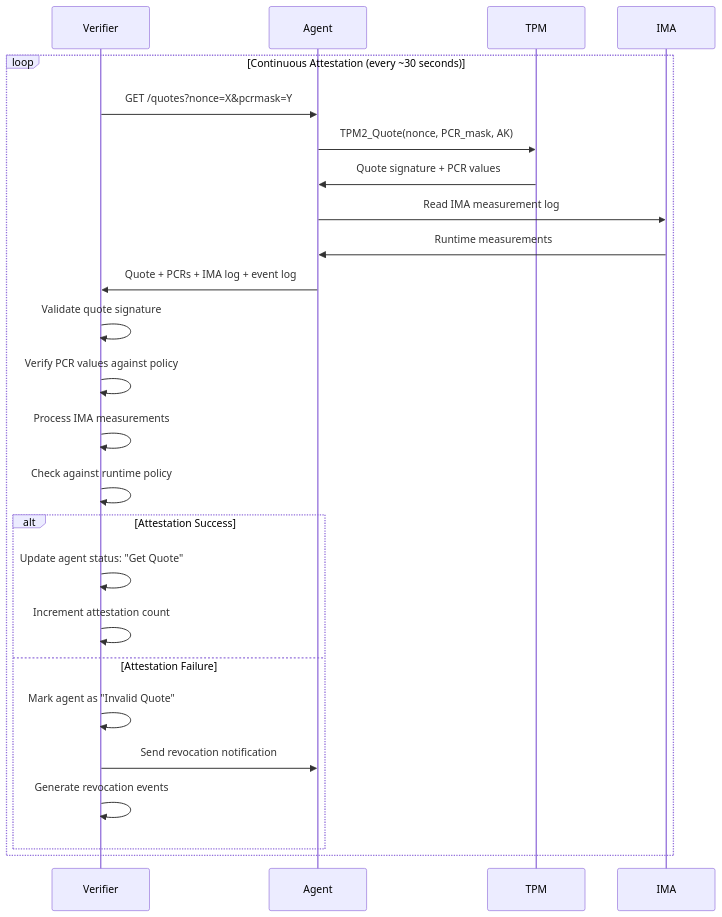
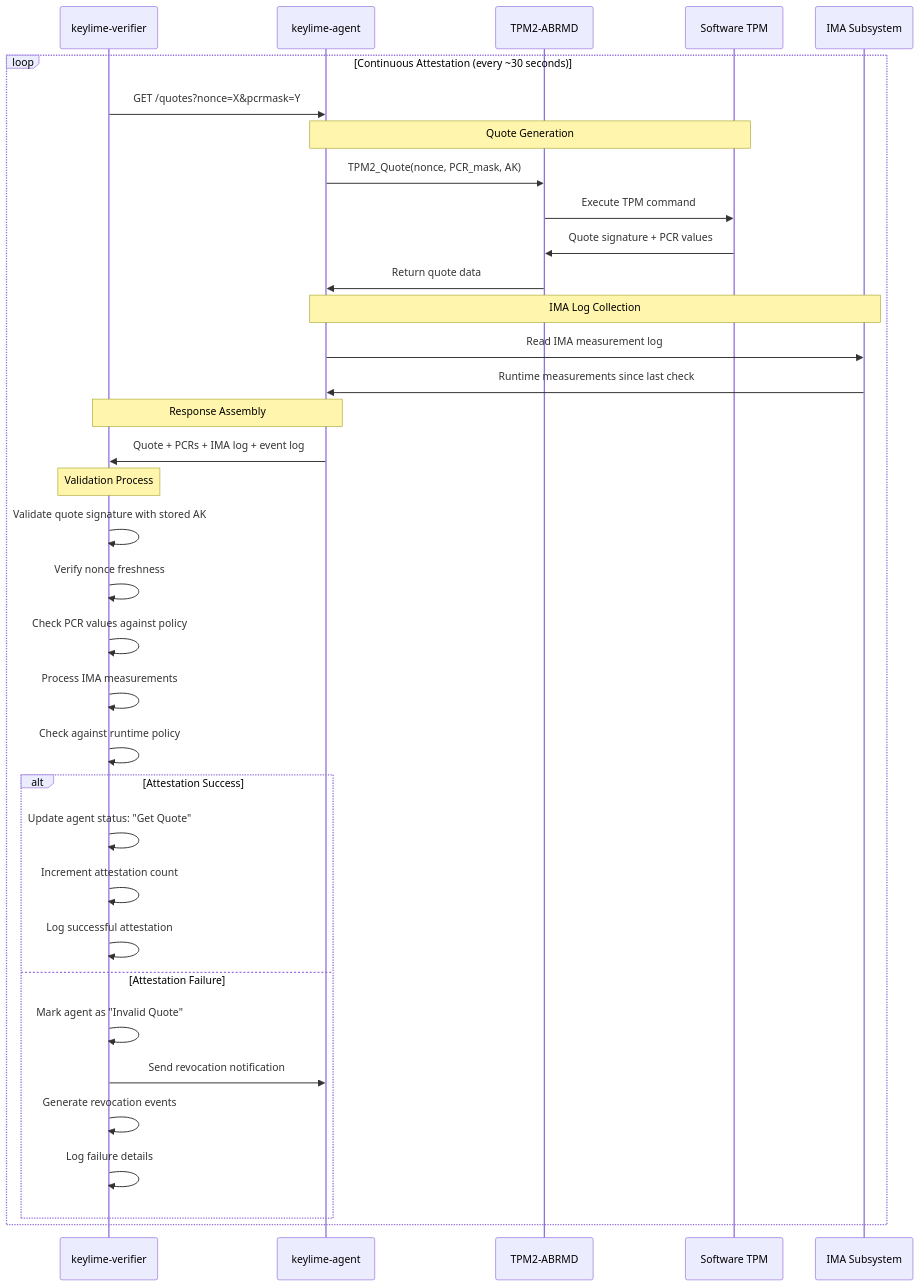
The fifth of 14 diagrams in Keylime Info/KEYLIME_ARCHITECTURE_DIAGRAMS.md (keylime/keylime), drawn with Mermaid before and after one commit. The commit also changed other lines of this file and 6 other files, not shown here.

````diff
--- a/Keylime Info/KEYLIME_ARCHITECTURE_DIAGRAMS.md
+++ b/Keylime Info/KEYLIME_ARCHITECTURE_DIAGRAMS.md
@@ -192,30 +282,42 @@
 ```mermaid
 sequenceDiagram
-    participant V as Verifier
-    participant A as Agent
-    participant T as TPM
-    participant I as IMA
+    participant VER as keylime-verifier
+    participant AGENT as keylime-agent
+    participant ABRMD as TPM2-ABRMD
+    participant SWTPM as Software TPM
+    participant IMA as IMA Subsystem
     
     loop Continuous Attestation (every ~30 seconds)
-        V->>A: GET /quotes?nonce=X&pcrmask=Y
-        A->>T: TPM2_Quote(nonce, PCR_mask, AK)
-        T->>A: Quote signature + PCR values
-        A->>I: Read IMA measurement log
-        I->>A: Runtime measurements
-        A->>V: Quote + PCRs + IMA log + event log
+        VER->>AGENT: GET /quotes?nonce=X&pcrmask=Y
+        Note over AGENT,SWTPM: Quote Generation
+        AGENT->>ABRMD: TPM2_Quote(nonce, PCR_mask, AK)
+        ABRMD->>SWTPM: Execute TPM command
+        SWTPM->>ABRMD: Quote signature + PCR values
+        ABRMD->>AGENT: Return quote data
         
-        V->>V: Validate quote signature
-        V->>V: Verify PCR values against policy
-        V->>V: Process IMA measurements
-        V->>V: Check against runtime policy
+        Note over AGENT,IMA: IMA Log Collection
+        AGENT->>IMA: Read IMA measurement log
+        IMA->>AGENT: Runtime measurements since last check
+        
+        Note over AGENT,VER: Response Assembly
+        AGENT->>VER: Quote + PCRs + IMA log + event log
+        
+        Note over VER,VER: Validation Process
+        VER->>VER: Validate quote signature with stored AK
+        VER->>VER: Verify nonce freshness
+        VER->>VER: Check PCR values against policy
+        VER->>VER: Process IMA measurements
+        VER->>VER: Check against runtime policy
         
         alt Attestation Success
-            V->>V: Update agent status: "Get Quote"
-            V->>V: Increment attestation count
+            VER->>VER: Update agent status: "Get Quote"
+            VER->>VER: Increment attestation count
+            VER->>VER: Log successful attestation
         else Attestation Failure
-            V->>V: Mark agent as "Invalid Quote"
-            V->>A: Send revocation notification
-            V->>V: Generate revocation events
+            VER->>VER: Mark agent as "Invalid Quote"
+            VER->>AGENT: Send revocation notification
+            VER->>VER: Generate revocation events
+            VER->>VER: Log failure details
         end
     end
 ```
````
